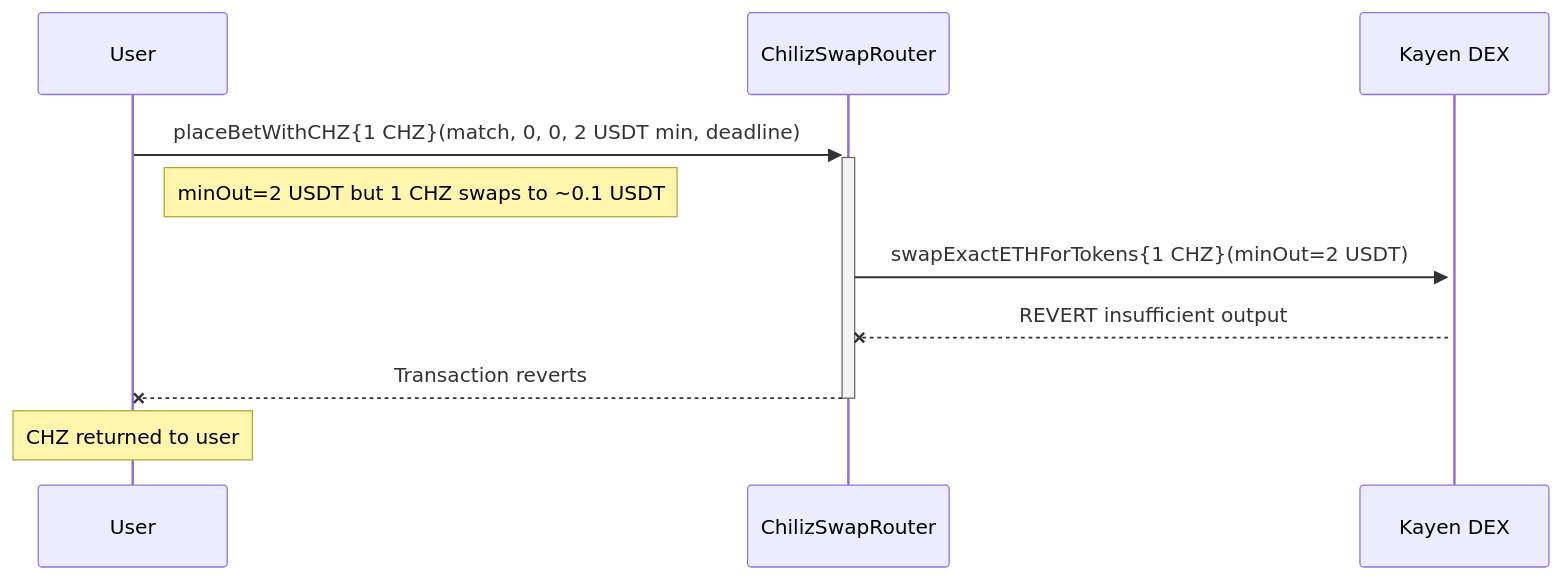
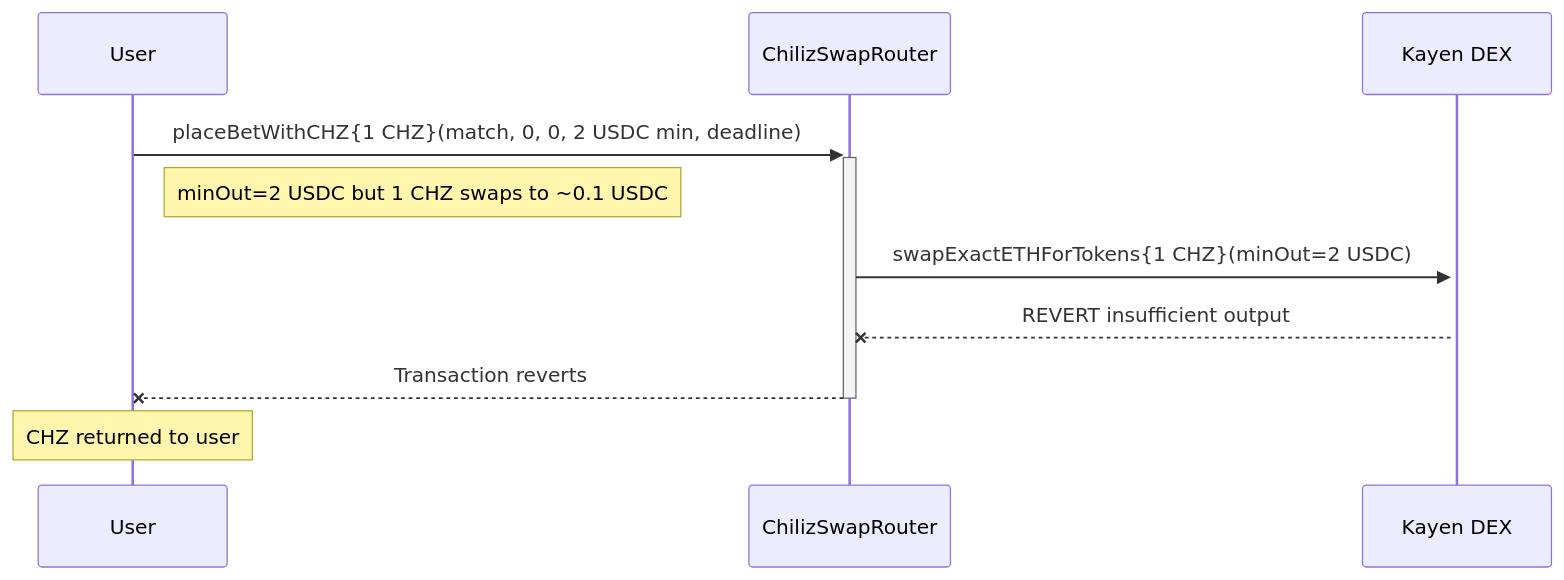
Before and after one commit to ChilizTV/smart-contracts: the third of 3 diagrams in chiliz-tv/AUDIT_REPORT.md, drawn with Mermaid. The commit also changed other lines of this file and 1 other file, not shown here.

Commit message:
📝 Architecture and audit

````diff
--- a/chiliz-tv/AUDIT_REPORT.md
+++ b/chiliz-tv/AUDIT_REPORT.md
@@ -208,13 +208,13 @@
 ```mermaid
 sequenceDiagram
     participant User
     participant SwapRouter as ChilizSwapRouter
     participant Kayen as Kayen DEX
     
-    User->>+SwapRouter: placeBetWithCHZ{1 CHZ}(match, 0, 0, 2 USDT min, deadline)
-    Note right of User: minOut=2 USDT but 1 CHZ swaps to ~0.1 USDT
-    SwapRouter->>+Kayen: swapExactETHForTokens{1 CHZ}(minOut=2 USDT)
+    User->>+SwapRouter: placeBetWithCHZ{1 CHZ}(match, 0, 0, 2 USDC min, deadline)
+    Note right of User: minOut=2 USDC but 1 CHZ swaps to ~0.1 USDC
+    SwapRouter->>+Kayen: swapExactETHForTokens{1 CHZ}(minOut=2 USDC)
     Kayen--xSwapRouter: REVERT insufficient output
     SwapRouter--x-User: Transaction reverts
     Note over User: CHZ returned to user
 ```
````
